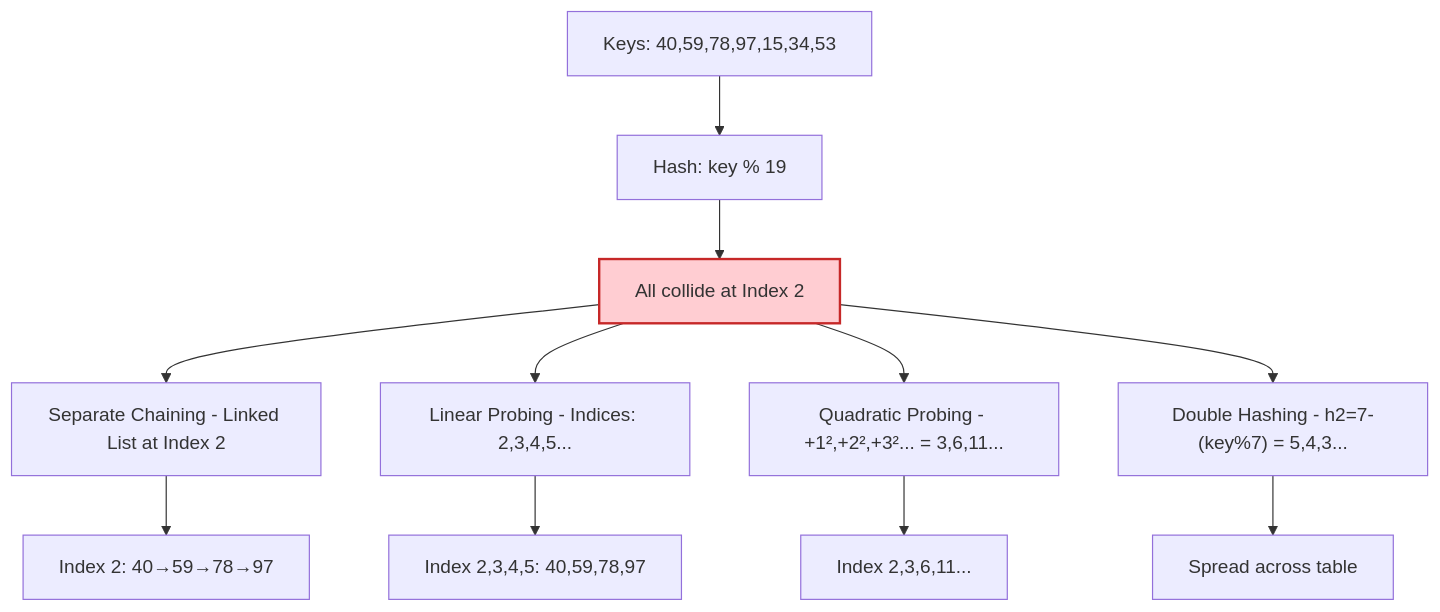
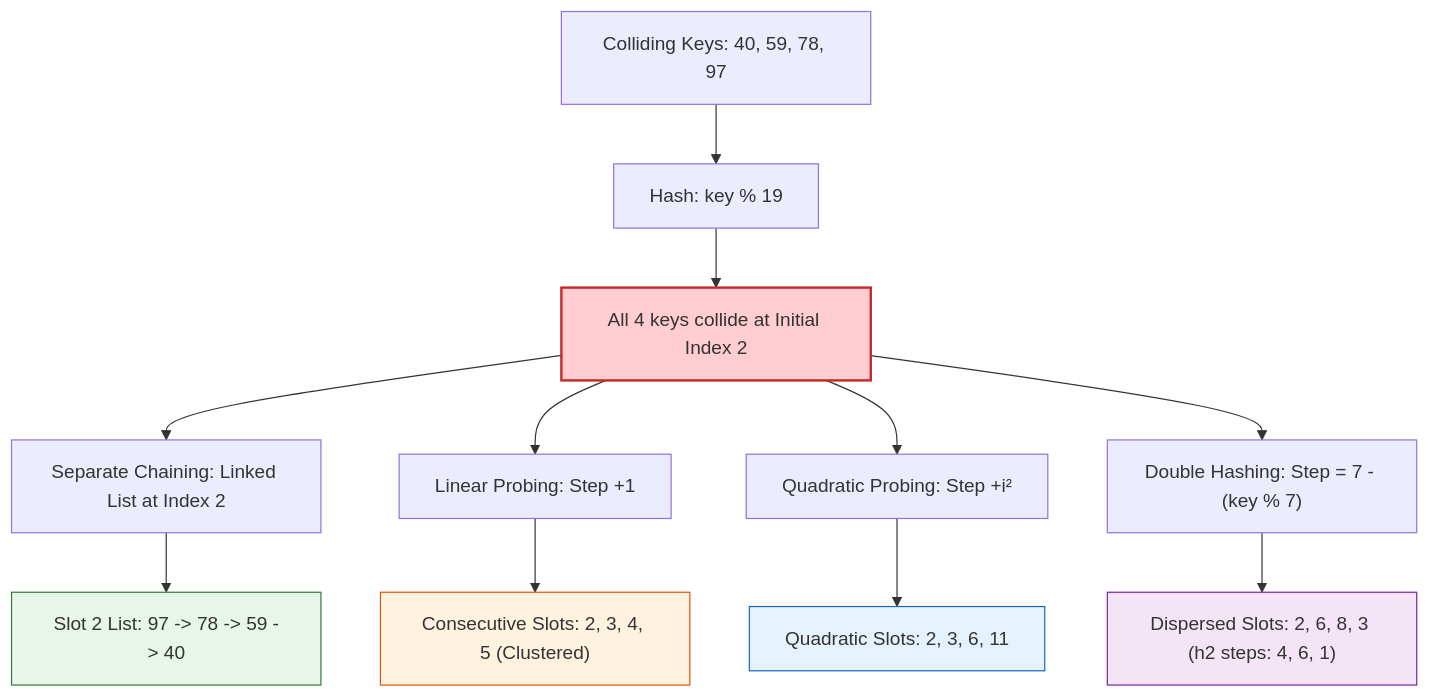
Before and after one commit to imyash0722/SEM3-DSA-UE25CS52A-STUDY-MATERIAL: the second of 6 diagrams in site/docs/unit4/theory/unit4_06_anchor_programs.md, drawn with Mermaid. The commit also changed 6 other files, not shown here.

Commit message:
Fix Double Hashing algorithm flow, collision calculations, and Trie step visualization

````diff
--- a/site/docs/unit4/theory/unit4_06_anchor_programs.md
+++ b/site/docs/unit4/theory/unit4_06_anchor_programs.md
@@ -217,17 +217,21 @@
 ```mermaid
 graph TD
-    Keys["Keys: 40,59,78,97,15,34,53"] --> Hash["Hash: key % 19"]
-    Hash --> AllCollide["All collide at Index 2"]
+    Keys["Colliding Keys: 40, 59, 78, 97"] --> Hash["Hash: key % 19"]
+    Hash --> AllCollide["All 4 keys collide at Initial Index 2"]
     
-    AllCollide --> SC["Separate Chaining - Linked List at Index 2"]
-    AllCollide --> LP["Linear Probing - Indices: 2,3,4,5..."]
-    AllCollide --> QP["Quadratic Probing - +1²,+2²,+3²... = 3,6,11..."]
-    AllCollide --> DH["Double Hashing - h2=7-(key%7) = 5,4,3..."]
+    AllCollide --> SC["Separate Chaining: Linked List at Index 2"]
+    AllCollide --> LP["Linear Probing: Step +1"]
+    AllCollide --> QP["Quadratic Probing: Step +i²"]
+    AllCollide --> DH["Double Hashing: Step = 7 - (key % 7)"]
     
-    SC --> SCDisp["Index 2: 40→59→78→97"]
-    LP --> LPDisp["Index 2,3,4,5: 40,59,78,97"]
-    QP --> QPDisp["Index 2,3,6,11..."]
-    DH --> DHDisp["Spread across table"]
+    SC --> SCDisp["Slot 2 List: 97 -> 78 -> 59 -> 40"]
+    LP --> LPDisp["Consecutive Slots: 2, 3, 4, 5 (Clustered)"]
+    QP --> QPDisp["Quadratic Slots: 2, 3, 6, 11"]
+    DH --> DHDisp["Dispersed Slots: 2, 6, 8, 3 (h2 steps: 4, 6, 1)"]
     
     style AllCollide fill:#ffcdd2,stroke:#c62828,stroke-width:2px
+    style SCDisp fill:#e8f5e9,stroke:#2e7d32
+    style LPDisp fill:#fff3e0,stroke:#e65100
+    style QPDisp fill:#e3f2fd,stroke:#1565c0
+    style DHDisp fill:#f3e5f5,stroke:#7b1fa2
 ```
````
